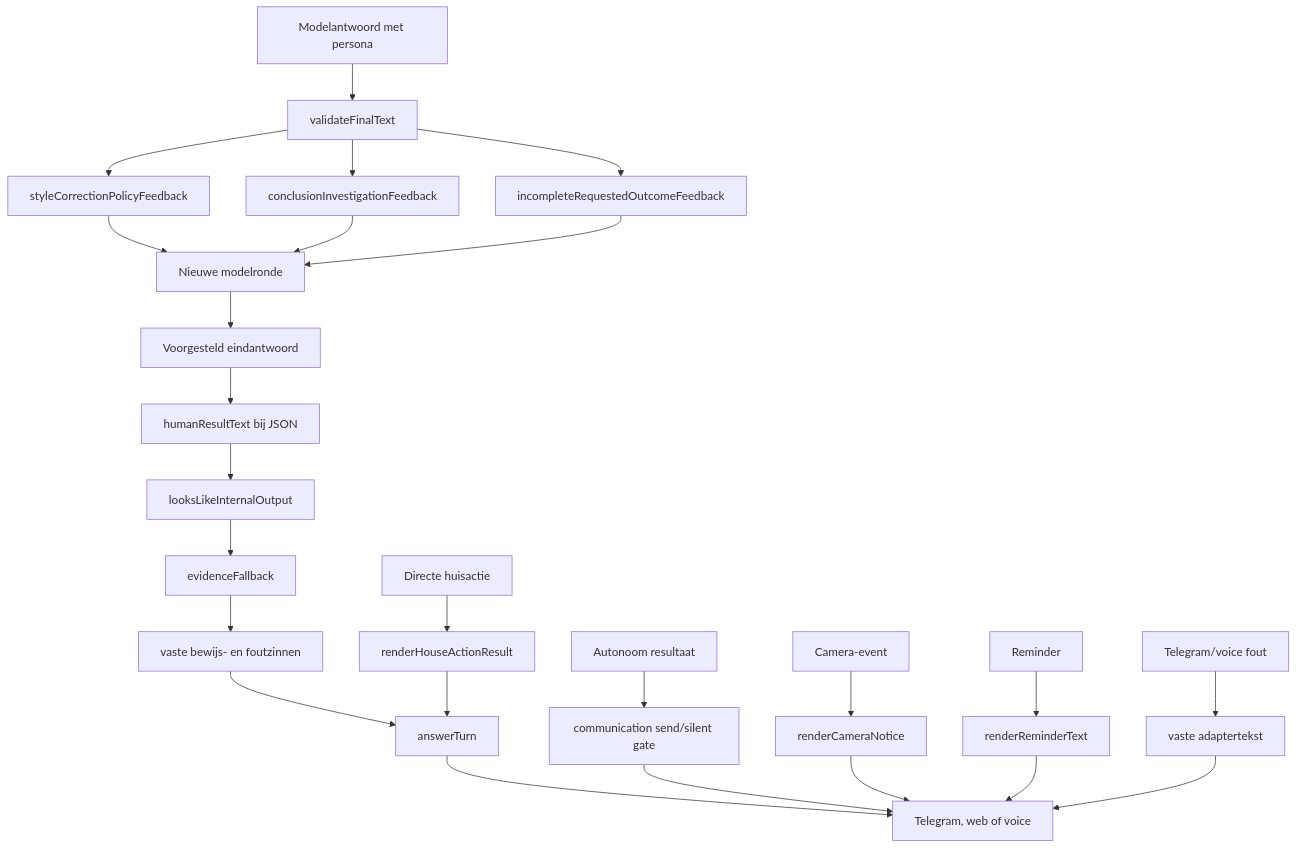
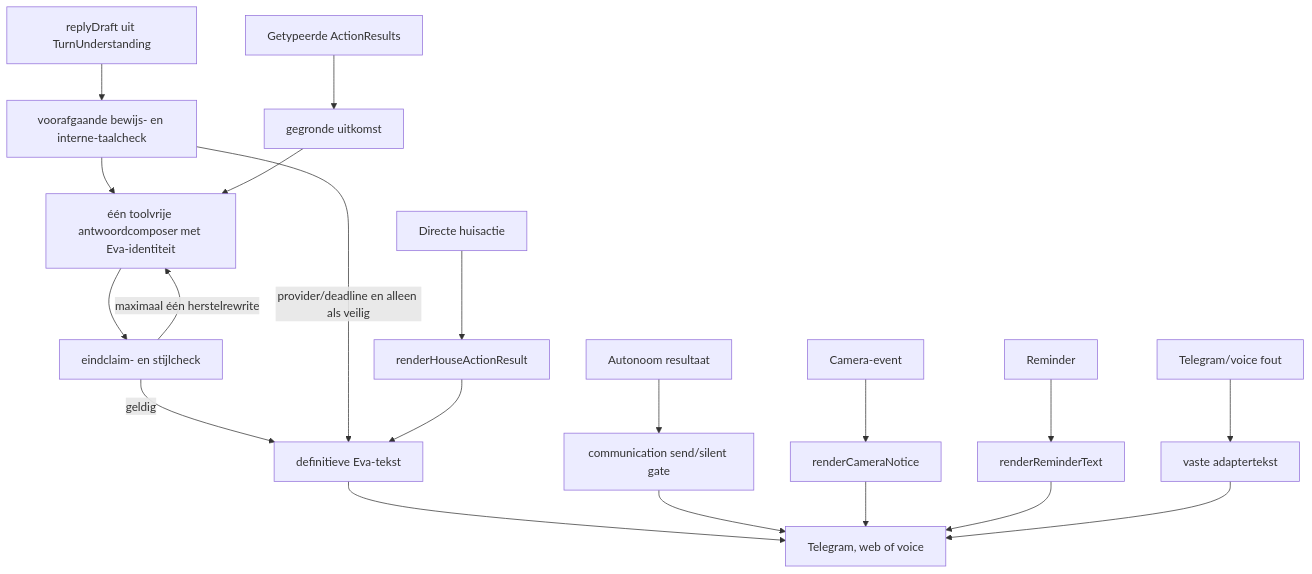
Before and after one commit to jaapfrank/eva: the third of 3 diagrams in docs/eva-runtime-map.md, drawn with Mermaid. The commit also changed other lines of this file and 263 other files, not shown here.

````diff
--- a/docs/eva-runtime-map.md
+++ b/docs/eva-runtime-map.md
@@ -221,28 +303,23 @@
 ```mermaid
 flowchart TD
-  Model[Modelantwoord met persona] --> Validate[validateFinalText]
-  Validate --> Style[styleCorrectionPolicyFeedback]
-  Validate --> Investigate[conclusionInvestigationFeedback]
-  Validate --> Outcome[incompleteRequestedOutcomeFeedback]
-  Style --> Retry[Nieuwe modelronde]
-  Investigate --> Retry
-  Outcome --> Retry
-  Retry --> Raw[Voorgesteld eindantwoord]
-  Raw --> JSON[humanResultText bij JSON]
-  JSON --> Internal[looksLikeInternalOutput]
-  Internal --> Proof[evidenceFallback]
-  Proof --> Hard[vaste bewijs- en foutzinnen]
-  Hard --> Answer[answerTurn]
+  Model[replyDraft uit TurnUnderstanding] --> Pre[voorafgaande bewijs- en interne-taalcheck]
+  Tools[Getypeerde ActionResults] --> Ground[gegronde uitkomst]
+  Pre --> Composer[één toolvrije antwoordcomposer met Eva-identiteit]
+  Ground --> Composer
+  Composer --> Validate[eindclaim- en stijlcheck]
+  Validate -->|geldig| Answer[definitieve Eva-tekst]
+  Validate -->|maximaal één herstelrewrite| Composer
+  Pre -->|provider/deadline en alleen als veilig| Answer
   Answer --> Transport[Telegram, web of voice]
 
   House[Directe huisactie] --> Renderer[renderHouseActionResult]
   Renderer --> Answer
   Auto[Autonoom resultaat] --> Gate[communication send/silent gate]
   Gate --> Transport
   Camera[Camera-event] --> CameraRenderer[renderCameraNotice]
   CameraRenderer --> Transport
   Reminder[Reminder] --> ReminderRenderer[renderReminderText]
   ReminderRenderer --> Transport
   AdapterError[Telegram/voice fout] --> Fixed[vaste adaptertekst]
   Fixed --> Transport
 ```
````
